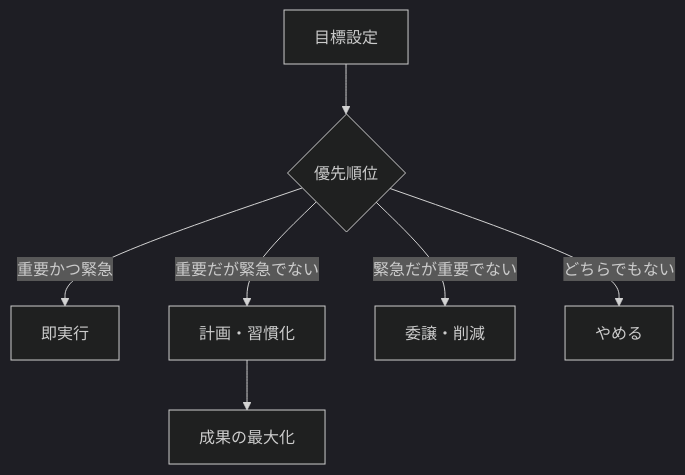
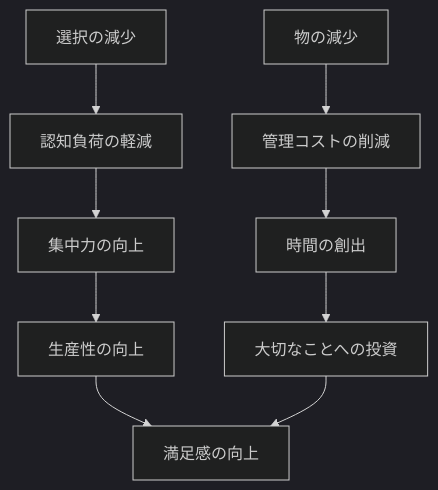
One commit to tndg16-bot/portfolio-site changed the diagram in content/blog/161-minimal-lifestyle.md. Above: the diagram before and after it, drawn with Mermaid (dark theme). The commit also changed other lines of this file and 17 other files, not shown here.

````diff
--- a/content/blog/161-minimal-lifestyle.md
+++ b/content/blog/161-minimal-lifestyle.md
@@ -22,9 +22,12 @@
 ```mermaid
 graph TD
-    A[目標設定] --> B{優先順位}
-    B -- 重要かつ緊急 --> C[即実行]
-    B -- 重要だが緊急でない --> D[計画・習慣化]
-    B -- 緊急だが重要でない --> E[委譲・削減]
-    B -- どちらでもない --> F[やめる]
-    D --> G[成果の最大化]
+    A[選択の減少] --> B[認知負荷の軽減]
+    B --> C[集中力の向上]
+    C --> D[生産性の向上]
+    D --> E[満足感の向上]
+    
+    F[物の減少] --> G[管理コストの削減]
+    G --> H[時間の創出]
+    H --> I[大切なことへの投資]
+    I --> E
 ```
````
